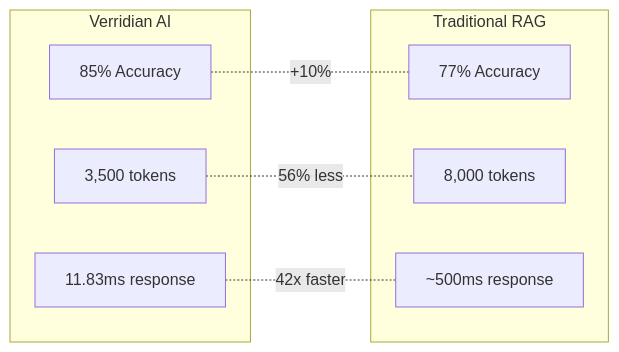
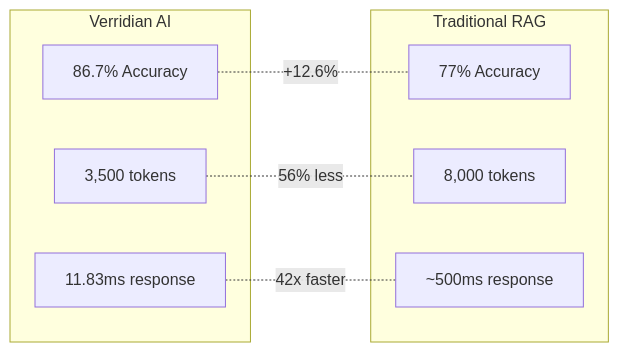
Before and after one commit to Verridian-ai/Functional-Structure-of-Episodic-Memory: diagram 16 of 18 in README.md, drawn with Mermaid. The commit also changed other lines of this file and 24 other files, not shown here.

````diff
--- a/README.md
+++ b/README.md
@@ -1267,18 +1590,18 @@
 ```mermaid
 graph LR
     subgraph Verridian["Verridian AI"]
-        V1[85% Accuracy]
+        V1[86.7% Accuracy]
         V2[3,500 tokens]
         V3[11.83ms response]
     end
 
     subgraph Traditional["Traditional RAG"]
         T1[77% Accuracy]
         T2[8,000 tokens]
         T3[~500ms response]
     end
 
-    V1 -.-|+10%| T1
+    V1 -.-|+12.6%| T1
     V2 -.-|56% less| T2
     V3 -.-|42x faster| T3
 ```
````
